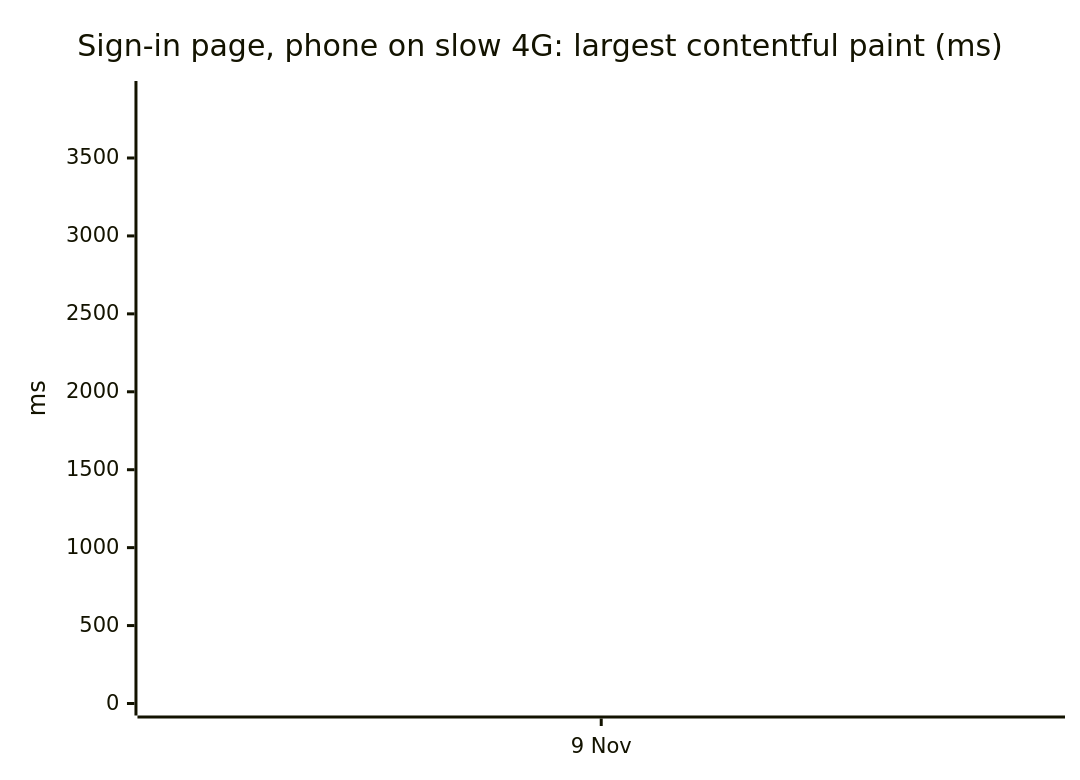
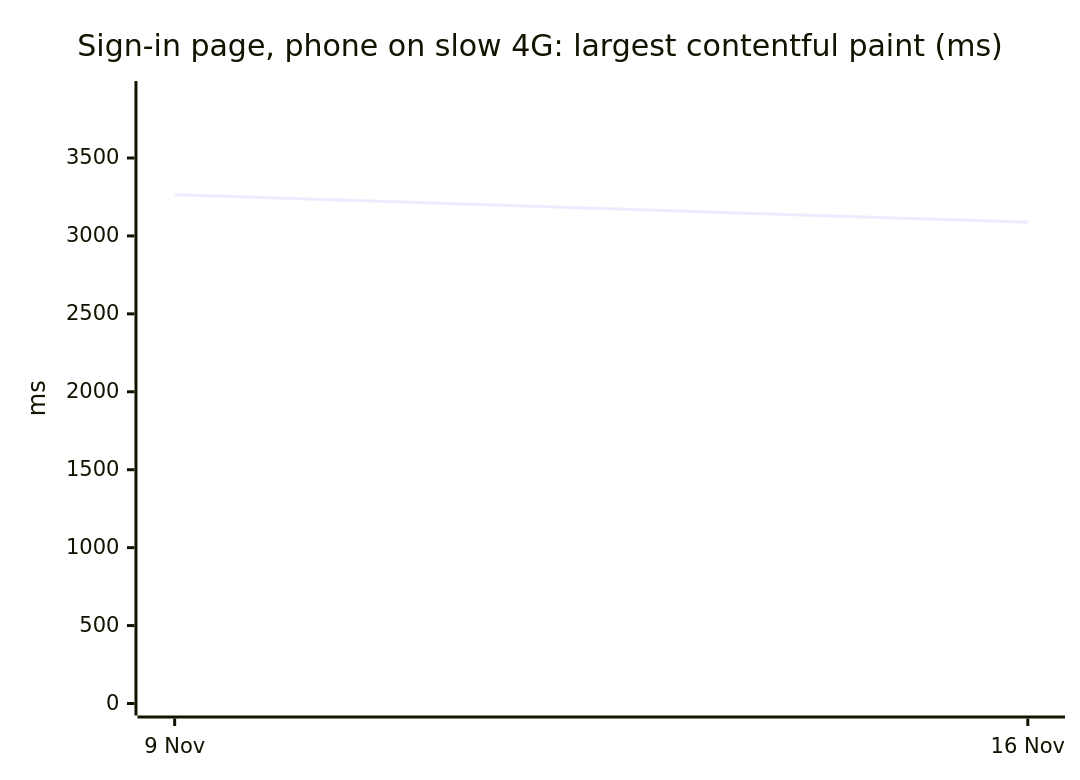
Before and after one commit to chiragdev1/ckauth: the fourth of 5 diagrams in README.md, drawn with Mermaid. The commit also changed other lines of this file and 1 other file, not shown here.

````diff
--- a/README.md
+++ b/README.md
@@ -63,7 +63,7 @@
 ```mermaid
 xychart-beta
   title "Sign-in page, phone on slow 4G: largest contentful paint (ms)"
-  x-axis ["9 Nov"]
+  x-axis ["9 Nov", "16 Nov"]
   y-axis "ms" 0 --> 3917
-  line [3264]
+  line [3264, 3088]
 ```
````
